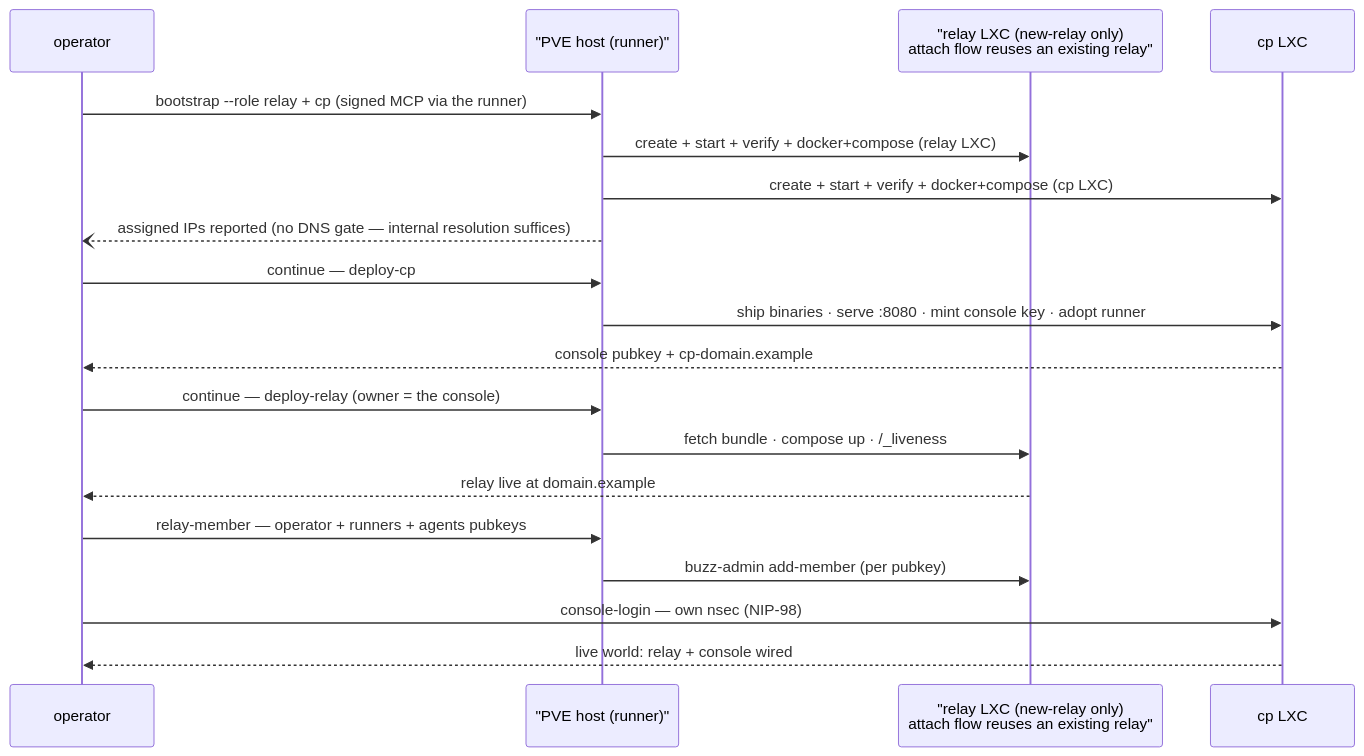
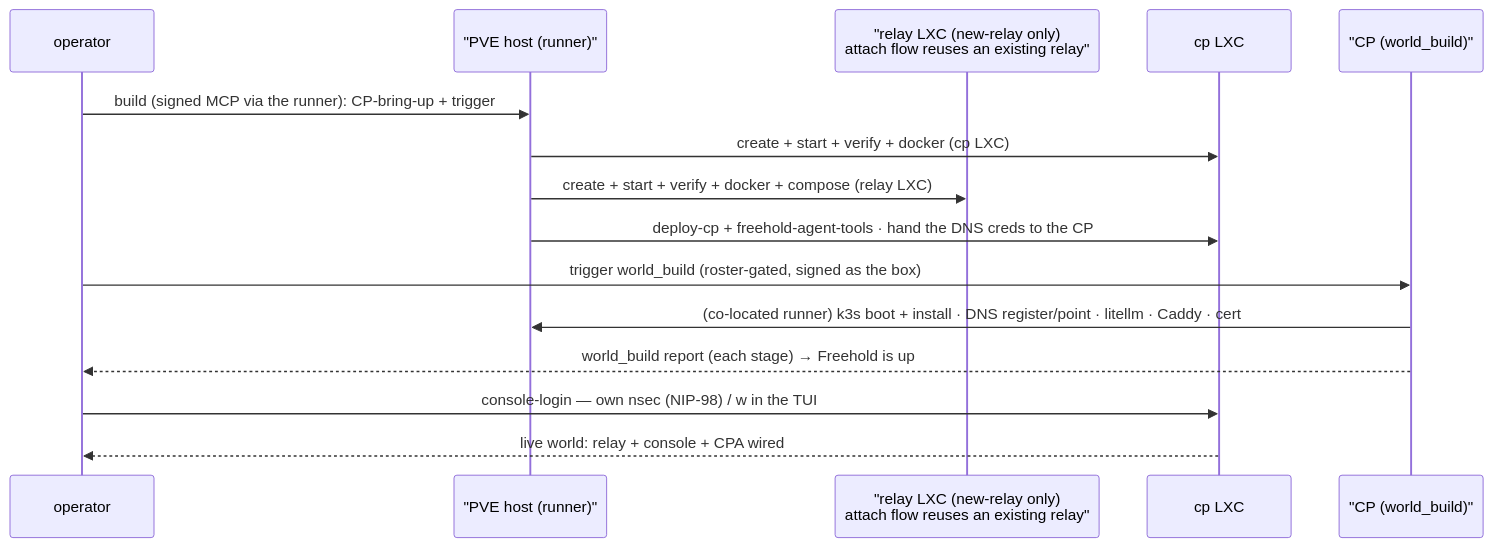
One commit to darcy/freehold changed the first of 3 diagrams in README.md. Above: the diagram before and after it, drawn with Mermaid. The commit also changed other lines of this file and 7 other files, not shown here.

````diff
--- a/README.md
+++ b/README.md
@@ -404,22 +410,18 @@
 ```mermaid
 sequenceDiagram
     participant OP as operator
     participant PVE as "PVE host (runner)"
     participant R as "relay LXC (new-relay only)<br/>attach flow reuses an existing relay"
     participant C as cp LXC
+    participant CP as "CP (world_build)"
 
-    OP->>PVE: bootstrap --role relay + cp (signed MCP via the runner)
-    PVE->>R: create + start + verify + docker+compose (relay LXC)
-    PVE->>C: create + start + verify + docker+compose (cp LXC)
-    PVE--)OP: assigned IPs reported (no DNS gate — internal resolution suffices)
-    OP->>PVE: continue — deploy-cp
-    PVE->>C: ship binaries · serve :8080 · mint console key · adopt runner
-    C-->>OP: console pubkey + cp-domain.example
-    OP->>PVE: continue — deploy-relay (owner = the console)
-    PVE->>R: fetch bundle · compose up · /_liveness
-    R-->>OP: relay live at domain.example
-    OP->>PVE: relay-member — operator + runners + agents pubkeys
-    PVE->>R: buzz-admin add-member (per pubkey)
-    OP->>C: console-login — own nsec (NIP-98)
-    C-->>OP: live world: relay + console wired
+    OP->>PVE: build (signed MCP via the runner): CP-bring-up + trigger
+    PVE->>C: create + start + verify + docker (cp LXC)
+    PVE->>R: create + start + verify + docker + compose (relay LXC)
+    PVE->>C: deploy-cp + freehold-agent-tools · hand the DNS creds to the CP
+    OP->>CP: trigger world_build (roster-gated, signed as the box)
+    CP->>PVE: (co-located runner) k3s boot + install · DNS register/point · litellm · Caddy · cert
+    CP-->>OP: world_build report (each stage) → Freehold is up
+    OP->>C: console-login — own nsec (NIP-98) / w in the TUI
+    C-->>OP: live world: relay + console + CPA wired
 ```
````
